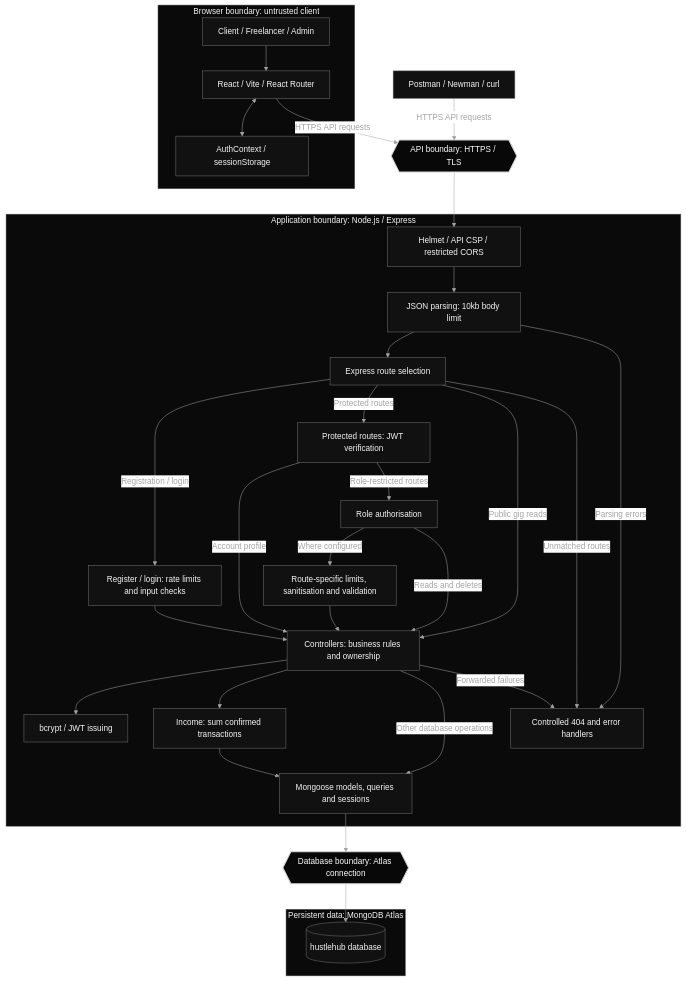
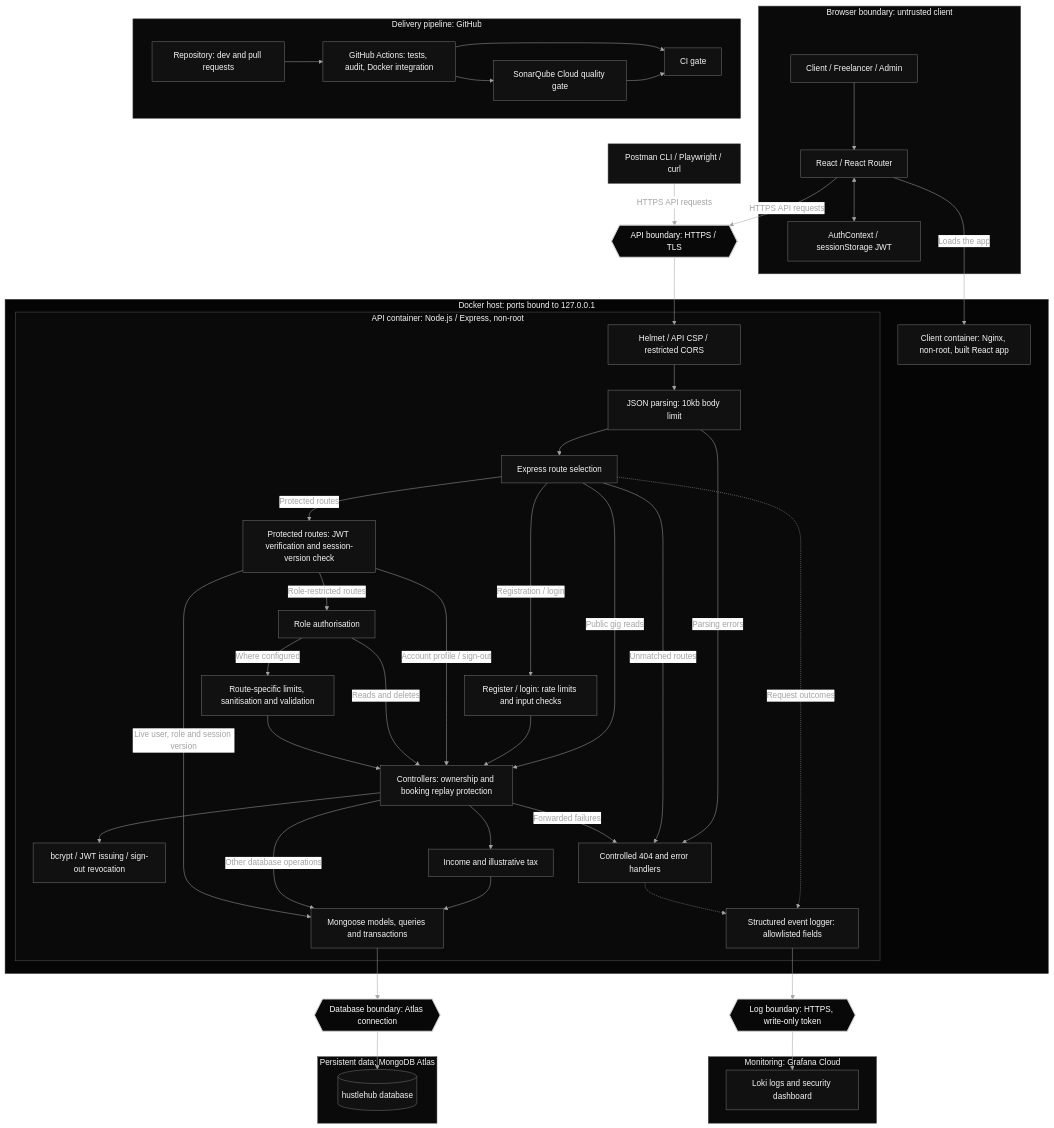
One commit to ST10437403-JamesMaherry/HustleHub-Plus changed the first of 3 diagrams in docs/architecture/hustlehub-architecture.md. Above: the diagram before and after it, drawn with Mermaid (neutral theme). The commit also changed other lines of this file and 2 other files, not shown here.

Commit message:
docs(architecture): refresh trust boundaries and deployment diagram

````diff
--- a/docs/architecture/hustlehub-architecture.md
+++ b/docs/architecture/hustlehub-architecture.md
@@ -24,45 +30,53 @@
 flowchart TB
     subgraph BROWSER["Browser boundary: untrusted client"]
         ACTORS["Client / Freelancer / Admin"]
-        REACT["React / Vite / React Router"]
-        SESSION["AuthContext / sessionStorage"]
+        REACT["React / React Router"]
+        SESSION["AuthContext / sessionStorage JWT"]
         ACTORS --> REACT
         REACT <--> SESSION
     end
 
-    TOOLS["Postman / Newman / curl"]
+    TOOLS["Postman CLI / Playwright / curl"]
     HTTPS{{"API boundary: HTTPS / TLS"}}
 
-    subgraph SERVER["Application boundary: Node.js / Express"]
-        HEADERS["Helmet / API CSP / restricted CORS"]
-        BODY["JSON parsing: 10kb body limit"]
-        ROUTES["Express route selection"]
-        AUTH["Register / login: rate limits and input checks"]
-        JWT["Protected routes: JWT verification"]
-        RBAC["Role authorisation"]
-        INPUT["Route-specific limits, sanitisation and validation"]
-        CTRL["Controllers: business rules and ownership"]
-        CREDENTIALS["bcrypt / JWT issuing"]
-        INCOME["Income: sum confirmed transactions"]
-        MONGOOSE["Mongoose models, queries and sessions"]
-        ERRORS["Controlled 404 and error handlers"]
+    subgraph HOST["Docker host: ports bound to 127.0.0.1"]
+        NGINX["Client container: Nginx, non-root, built React app"]
 
-        HEADERS --> BODY --> ROUTES
-        ROUTES -->|"Registration / login"| AUTH
-        ROUTES -->|"Protected routes"| JWT
-        ROUTES -->|"Public gig reads"| CTRL
-        AUTH --> CTRL
-        JWT -->|"Account profile"| CTRL
-        JWT -->|"Role-restricted routes"| RBAC
-        RBAC -->|"Where configured"| INPUT
-        RBAC -->|"Reads and deletes"| CTRL
-        INPUT --> CTRL
-        CTRL --> CREDENTIALS
-        CTRL --> INCOME --> MONGOOSE
-        CTRL -->|"Other database operations"| MONGOOSE
-        BODY -->|"Parsing errors"| ERRORS
-        ROUTES -->|"Unmatched routes"| ERRORS
-        CTRL -->|"Forwarded failures"| ERRORS
+        subgraph SERVER["API container: Node.js / Express, non-root"]
+            HEADERS["Helmet / API CSP / restricted CORS"]
+            BODY["JSON parsing: 10kb body limit"]
+            ROUTES["Express route selection"]
+            AUTH["Register / login: rate limits and input checks"]
+            JWT["Protected routes: JWT verification and session-version check"]
+            RBAC["Role authorisation"]
+            INPUT["Route-specific limits, sanitisation and validation"]
+            CTRL["Controllers: ownership and booking replay protection"]
+            CREDENTIALS["bcrypt / JWT issuing / sign-out revocation"]
+            INCOME["Income and illustrative tax"]
+            MONGOOSE["Mongoose models, queries and transactions"]
+            ERRORS["Controlled 404 and error handlers"]
+            LOGGER["Structured event logger: allowlisted fields"]
+
+            HEADERS --> BODY --> ROUTES
+            ROUTES -->|"Registration / login"| AUTH
+            ROUTES -->|"Protected routes"| JWT
+            ROUTES -->|"Public gig reads"| CTRL
+            AUTH --> CTRL
+            JWT -->|"Account profile / sign-out"| CTRL
+            JWT -->|"Role-restricted routes"| RBAC
+            RBAC -->|"Where configured"| INPUT
+            RBAC -->|"Reads and deletes"| CTRL
+            INPUT --> CTRL
+            CTRL --> CREDENTIALS
+            CTRL --> INCOME --> MONGOOSE
+            CTRL -->|"Other database operations"| MONGOOSE
+            JWT -->|"Live user, role and session version"| MONGOOSE
+            BODY -->|"Parsing errors"| ERRORS
+            ROUTES -->|"Unmatched routes"| ERRORS
+            CTRL -->|"Forwarded failures"| ERRORS
+            ROUTES -.->|"Request outcomes"| LOGGER
+            ERRORS -.-> LOGGER
+        end
     end
 
     DBBOUNDARY{{"Database boundary: Atlas connection"}}
@@ -70,16 +84,37 @@
         MONGO[("hustlehub database")]
     end
 
+    LOGBOUNDARY{{"Log boundary: HTTPS, write-only token"}}
+    subgraph MONITOR["Monitoring: Grafana Cloud"]
+        LOKI["Loki logs and security dashboard"]
+    end
+
+    subgraph PIPE["Delivery pipeline: GitHub"]
+        REPO["Repository: dev and pull requests"]
+        GHA["GitHub Actions: tests, audit, Docker integration"]
+        SONAR["SonarQube Cloud quality gate"]
+        GATE["CI gate"]
+        REPO --> GHA
+        GHA --> SONAR
+        GHA --> GATE
+        SONAR --> GATE
+    end
+
+    REACT -->|"Loads the app"| NGINX
     REACT -->|"HTTPS API requests"| HTTPS
     TOOLS -->|"HTTPS API requests"| HTTPS
     HTTPS --> HEADERS
     MONGOOSE --> DBBOUNDARY --> MONGO
+    LOGGER --> LOGBOUNDARY --> LOKI
 
     classDef default fill:#111111,stroke:#737373,color:#f5f5f5
     classDef boundary fill:#080808,stroke:#d4d4d4,stroke-width:2px,color:#ffffff
-    class HTTPS,DBBOUNDARY boundary
+    class HTTPS,DBBOUNDARY,LOGBOUNDARY boundary
     style BROWSER fill:#0a0a0a,stroke:#525252,color:#f5f5f5
+    style HOST fill:#050505,stroke:#3f3f3f,color:#f5f5f5
     style SERVER fill:#0a0a0a,stroke:#525252,color:#f5f5f5
     style DATA fill:#0a0a0a,stroke:#525252,color:#f5f5f5
+    style MONITOR fill:#0a0a0a,stroke:#525252,color:#f5f5f5
+    style PIPE fill:#0a0a0a,stroke:#525252,color:#f5f5f5
     linkStyle default stroke:#a3a3a3,color:#a3a3a3
 ```
````
